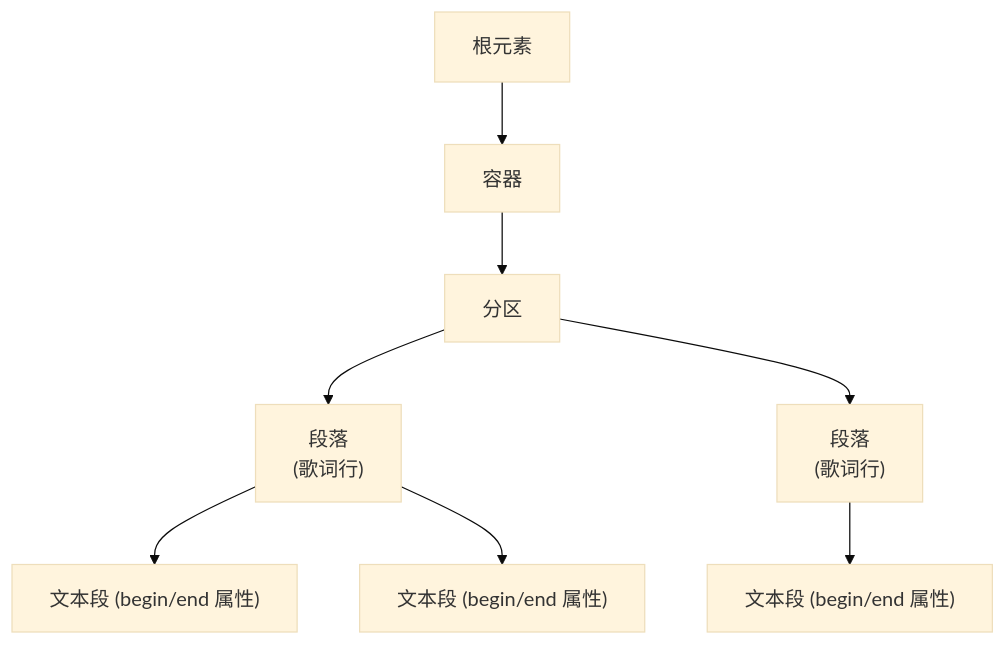
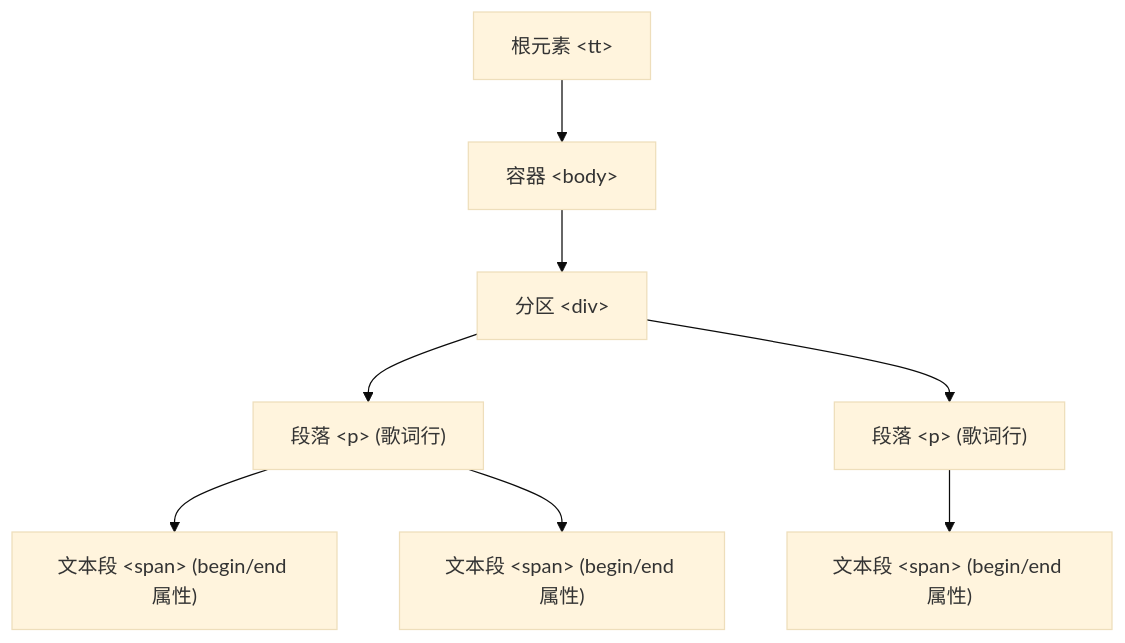
Diagram 35 of 44 in README.md (HKLHaoBin/LyricSphere), drawn with Mermaid (base theme) before and after one commit. The commit also changed other lines of this file, not shown here.

First line of the commit message:
docs: 更新流程图中的中文标签为英文并优化格式

````diff
--- a/README.md
+++ b/README.md
@@ -3504,18 +3507,19 @@
 ```mermaid
 flowchart TD
-tt["根元素 <tt>"]
-body["容器 <body>"]
-div["分区 <div>"]
-p1["段落 <p> (歌词行)"]
-p2["段落 <p> (歌词行)"]
-span1["文本段 <span> (begin/end 属性)"]
-span2["文本段 <span> (begin/end 属性)"]
-span3["文本段 <span> (begin/end 属性)"]
-tt --> body
-body --> div
-div --> p1
-div --> p2
-p1 --> span1
-p1 --> span2
-p2 --> span3
+    tt["根元素 &lt;tt&gt;"]
+    body["容器 &lt;body&gt;"]
+    div["分区 &lt;div&gt;"]
+    p1["段落 &lt;p&gt; (歌词行)"]
+    p2["段落 &lt;p&gt; (歌词行)"]
+    span1["文本段 &lt;span&gt; (begin/end 属性)"]
+    span2["文本段 &lt;span&gt; (begin/end 属性)"]
+    span3["文本段 &lt;span&gt; (begin/end 属性)"]
+
+    tt --> body
+    body --> div
+    div --> p1
+    div --> p2
+    p1 --> span1
+    p1 --> span2
+    p2 --> span3
 ```
````
